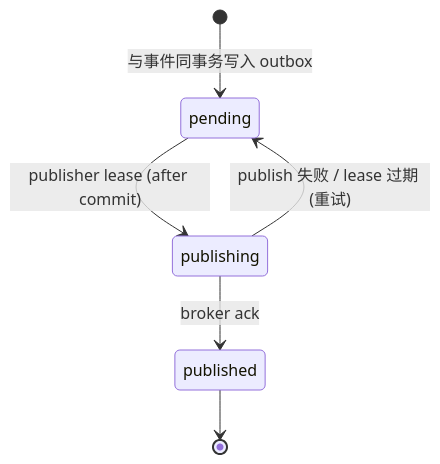
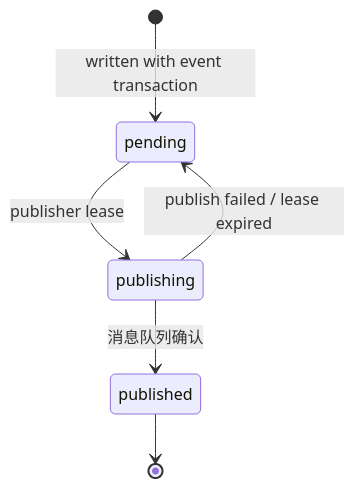
One commit to erweixin/langshift.dev changed the third of 3 diagrams in docs/state-machines.md. Above: the diagram before and after it, drawn with Mermaid. The commit also changed other lines of this file and 9 other files, not shown here.

Commit message:
feat: update architecture documentation for Lites Cloud Agent, detailing deployment models, capacity planning, concurrency mechanisms, and operational strategies to enhance system robustness and multi-tenancy support

````diff
--- a/docs/state-machines.md
+++ b/docs/state-machines.md
@@ -71,8 +132,8 @@
 ```mermaid
 stateDiagram-v2
-  [*] --> pending: 与事件同事务写入 outbox
-  pending --> publishing: publisher lease (after commit)
-  publishing --> published: broker ack
-  publishing --> pending: publish 失败 / lease 过期 (重试)
+  [*] --> pending: written with event transaction
+  pending --> publishing: publisher lease
+  publishing --> published: 消息队列确认
+  publishing --> pending: publish failed / lease expired
   published --> [*]
 ```
````
